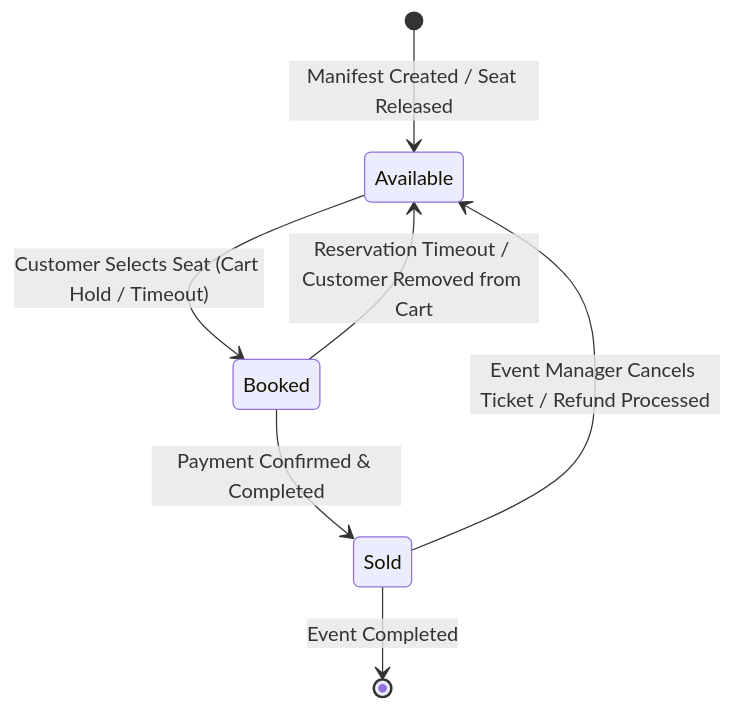
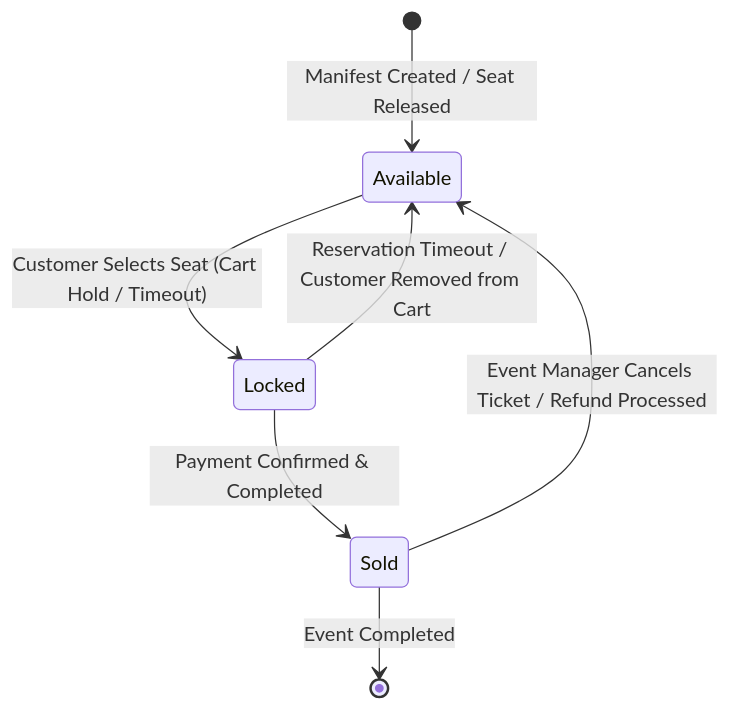
One commit to gcuatem/dotnet-intermediate changed the diagram in task1/Task2.md. Above: the diagram before and after it, drawn with Mermaid. The commit also changed 88 other files, not shown here.

````diff
--- a/task1/Task2.md
+++ b/task1/Task2.md
@@ -1,9 +1,9 @@
 ```mermaid
 stateDiagram-v2
     [*] --> Available : Manifest Created / Seat Released
-    Available --> Booked : Customer Selects Seat (Cart Hold / Timeout)
-    Booked --> Available : Reservation Timeout / Customer Removed from Cart
-    Booked --> Sold : Payment Confirmed & Completed
+    Available --> Locked : Customer Selects Seat (Cart Hold / Timeout)
+    Locked --> Available : Reservation Timeout / Customer Removed from Cart
+    Locked --> Sold : Payment Confirmed & Completed
     Sold --> Available : Event Manager Cancels Ticket / Refund Processed
     Sold --> [*] : Event Completed
 ```
````
